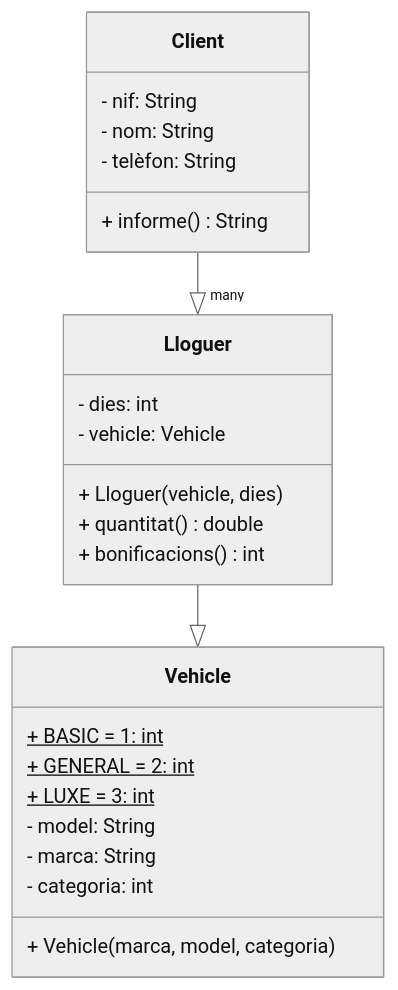
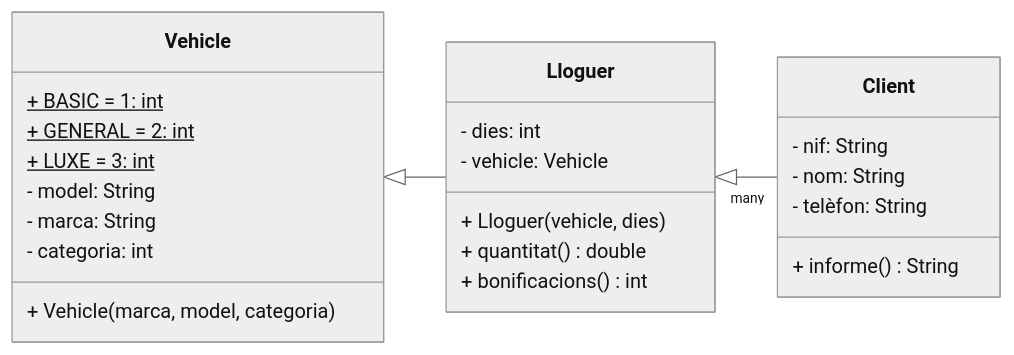
The first of 2 diagrams in reuse/diagrams/class.md (paupedros/introrpg), drawn with Mermaid (neutral theme) before and after one commit. The commit also changed other lines of this file, not shown here.

````diff
--- a/reuse/diagrams/class.md
+++ b/reuse/diagrams/class.md
@@ -1,32 +1,33 @@
 ```mermaid
 classDiagram
+direction RL
 class Vehicle{
     + BASIC = 1: int$
     + GENERAL = 2: int$
     + LUXE = 3: int$
 
     - model: String
     - marca: String
     - categoria: int
     + Vehicle(marca, model, categoria)
 }
 
 class Lloguer{
     - dies: int
     - vehicle: Vehicle
     + Lloguer(vehicle, dies)
     + quantitat() double
     + bonificacions() int
 }
 
 class Client{
     - nif: String
     - nom: String
     - telèfon: String
     + informe() String
 }
 
 Lloguer --|> Vehicle
 Client --|> "many" Lloguer
 
 ```
````
